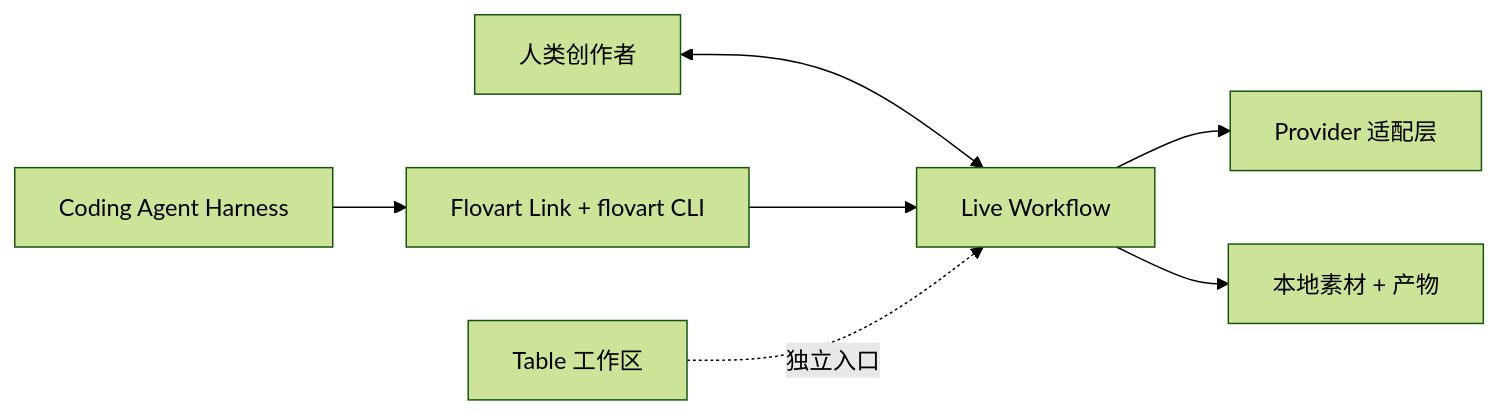
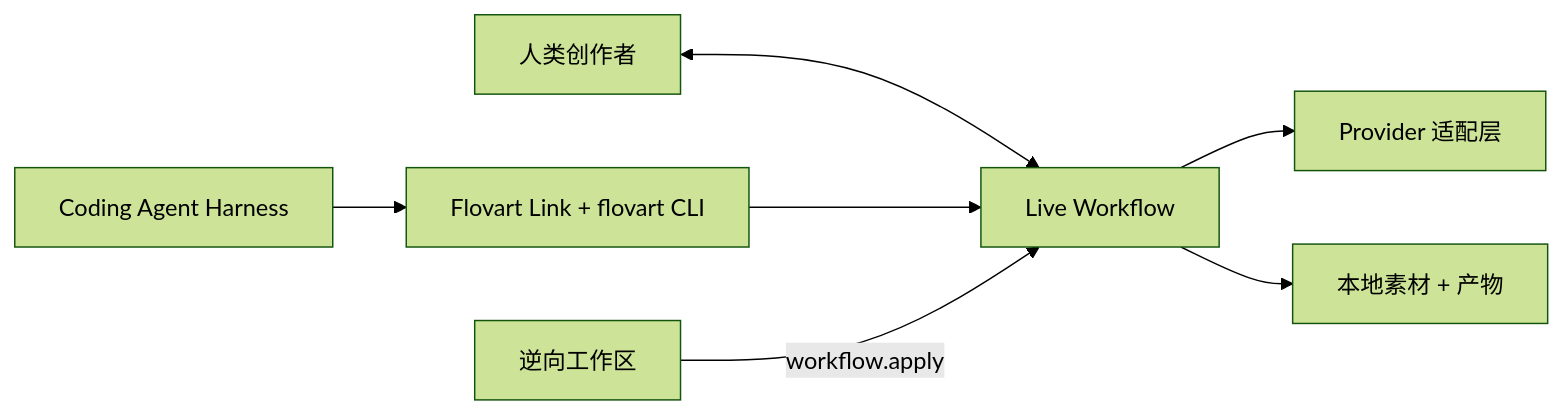
Before and after one commit to avabbbb/Flovart: the diagram in README.zh-CN.md, drawn with Mermaid (forest theme). The commit also changed other lines of this file and 37 other files, not shown here.

````diff
--- a/README.zh-CN.md
+++ b/README.zh-CN.md
@@ -169,9 +169,9 @@
 ```mermaid
 flowchart LR
   H["人类创作者"] <--> W["Live Workflow"]
   A["Coding Agent Harness"] --> L["Flovart Link + flovart CLI"]
   L --> W
   W --> P["Provider 适配层"]
   W --> R["本地素材 + 产物"]
-  T["Table 工作区"] -. 独立入口 .-> W
+  RV["逆向工作区"] -->|"workflow.apply"| W
 ```
````
